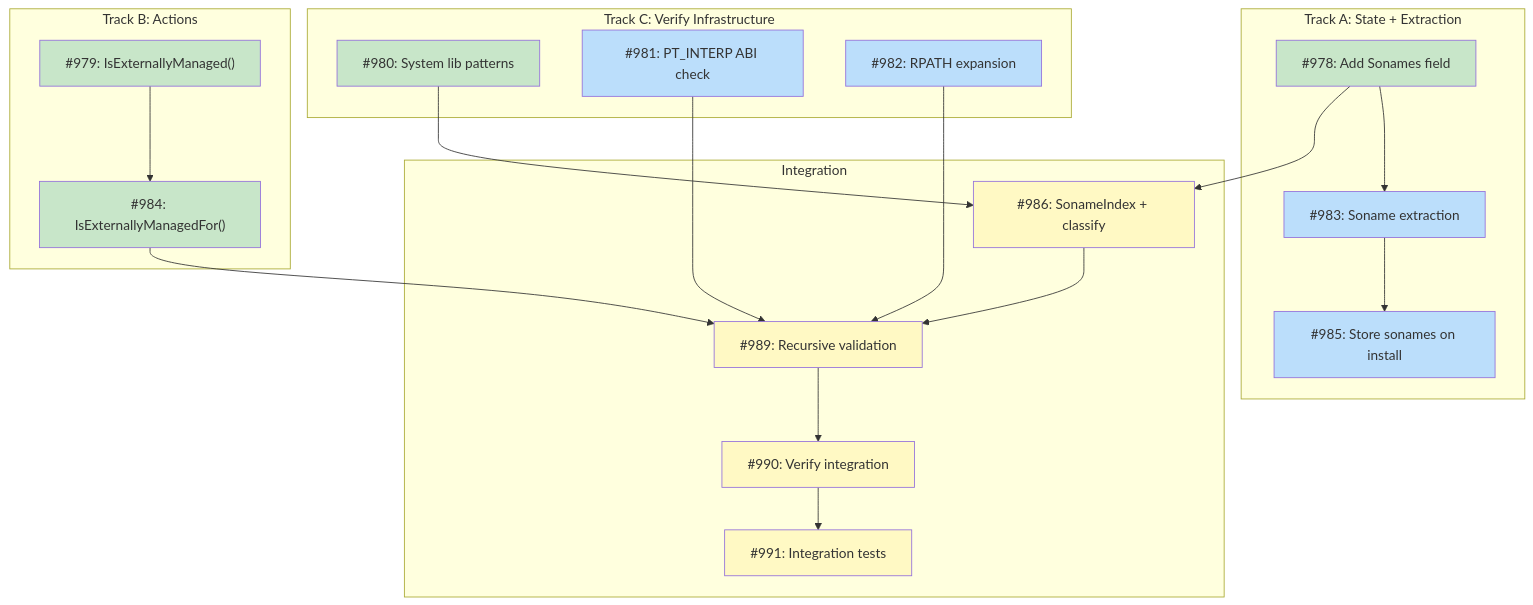
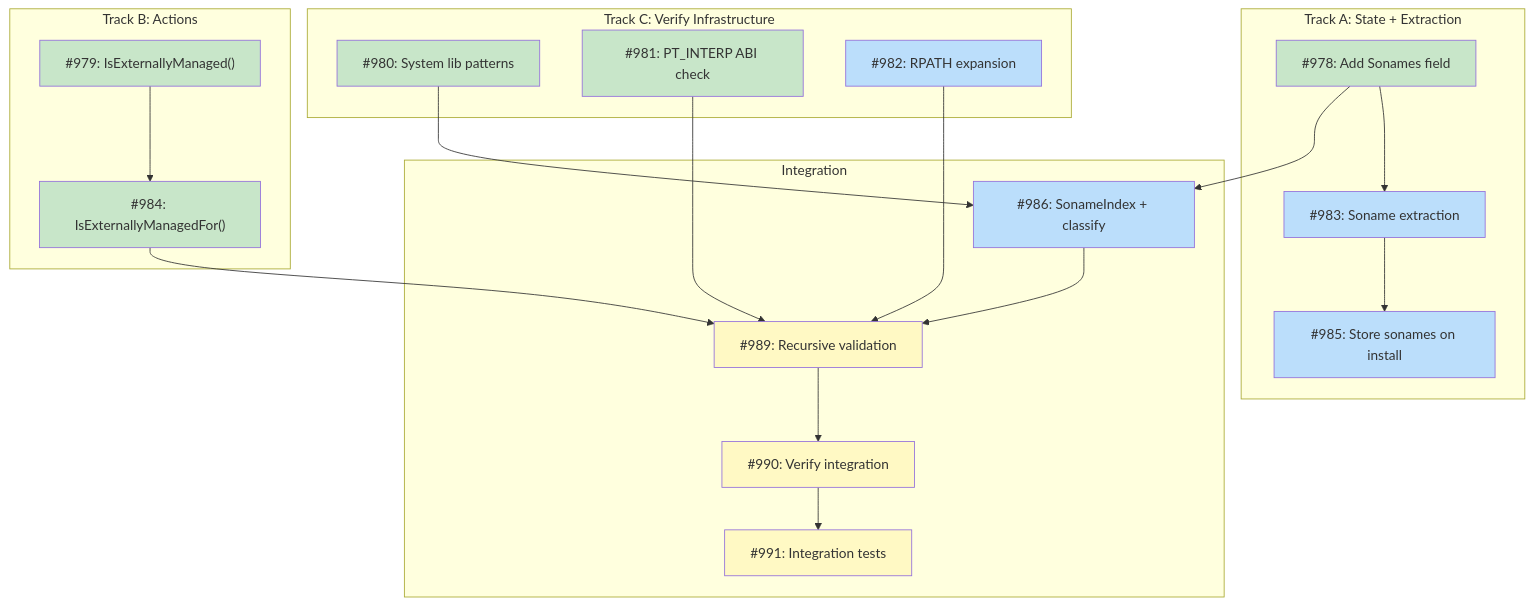
Before and after one commit to tsukumogami/tsuku: the diagram in docs/designs/DESIGN-library-verify-deps.md, drawn with Mermaid. The commit also changed 3 other files, not shown here.

````diff
--- a/docs/designs/DESIGN-library-verify-deps.md
+++ b/docs/designs/DESIGN-library-verify-deps.md
@@ -26,47 +26,47 @@
 ```mermaid
 graph TD
     subgraph TrackA["Track A: State + Extraction"]
         I978["#978: Add Sonames field"]
         I983["#983: Soname extraction"]
         I985["#985: Store sonames on install"]
     end
 
     subgraph TrackB["Track B: Actions"]
         I979["#979: IsExternallyManaged()"]
         I984["#984: IsExternallyManagedFor()"]
     end
 
     subgraph TrackC["Track C: Verify Infrastructure"]
         I980["#980: System lib patterns"]
         I981["#981: PT_INTERP ABI check"]
         I982["#982: RPATH expansion"]
     end
 
     subgraph Integration["Integration"]
         I986["#986: SonameIndex + classify"]
         I989["#989: Recursive validation"]
         I990["#990: Verify integration"]
         I991["#991: Integration tests"]
     end
 
     I978 --> I983
     I983 --> I985
     I979 --> I984
     I978 --> I986
     I980 --> I986
     I981 --> I989
     I982 --> I989
     I984 --> I989
     I986 --> I989
     I989 --> I990
     I990 --> I991
 
     classDef done fill:#c8e6c9
     classDef ready fill:#bbdefb
     classDef blocked fill:#fff9c4
     classDef needsDesign fill:#e1bee7
 
-    class I978,I979,I980,I984 done
-    class I981,I982,I983,I985 ready
-    class I986,I989,I990,I991 blocked
+    class I978,I979,I980,I981,I984 done
+    class I982,I983,I985,I986 ready
+    class I989,I990,I991 blocked
 ```
````
